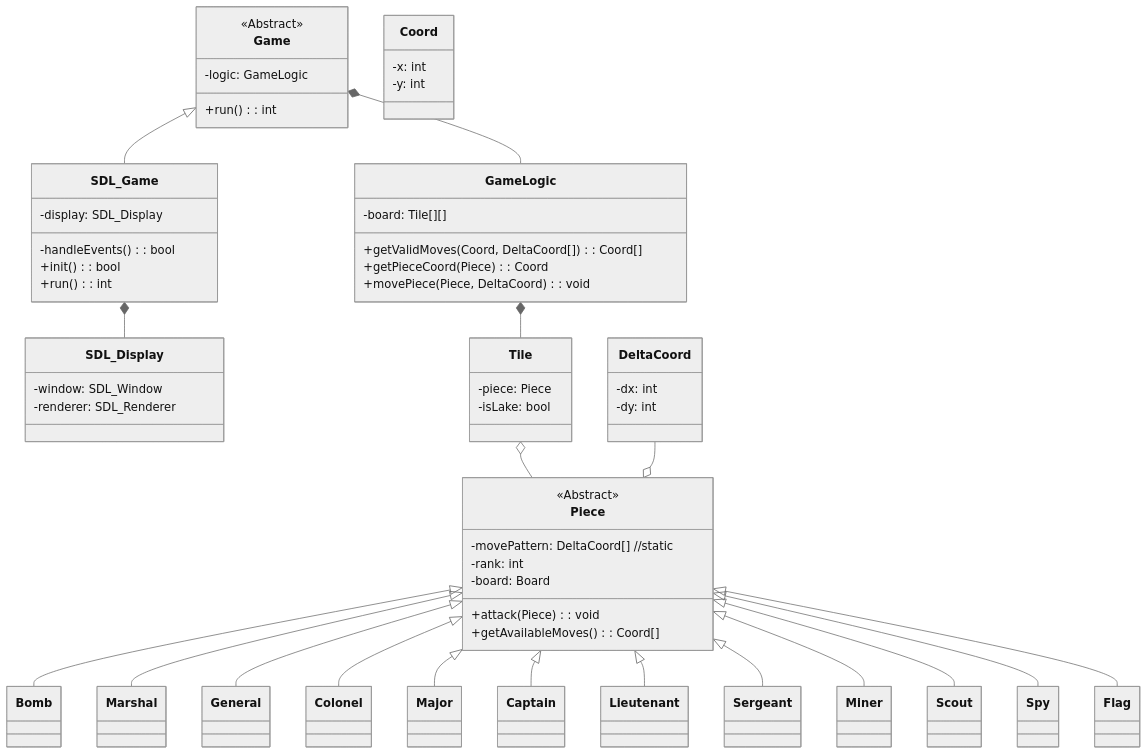
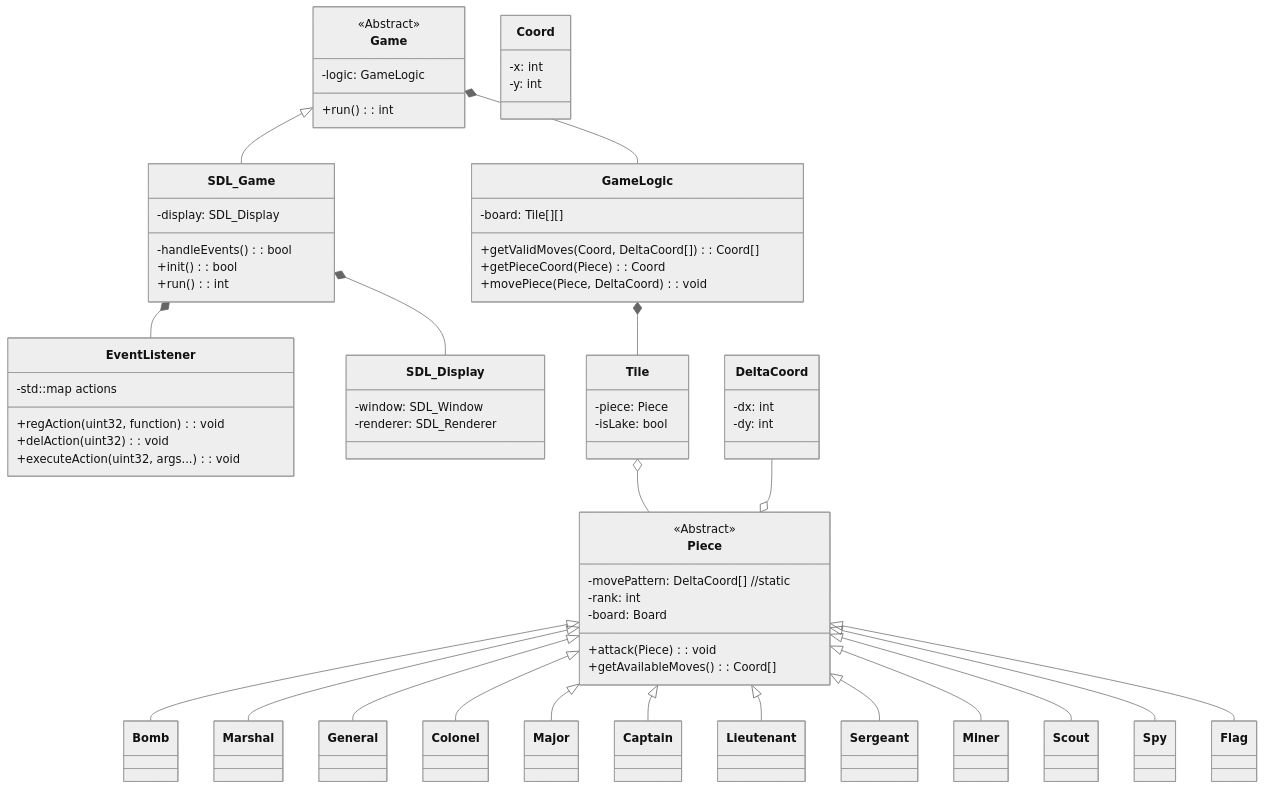
The sixth of 6 diagrams in README.md (Tomocza/cpp-stratego), drawn with Mermaid (neutral theme) before and after one commit.

Commit message:
add event listener to uml diagram

````diff
--- a/README.md
+++ b/README.md
@@ -169,6 +169,13 @@
 ```mermaid
 
 classDiagram
+
+class EventListener{
+  -std::map<uint32, function> actions
+  +regAction(uint32, function): void
+  +delAction(uint32): void
+  +executeAction(uint32, args...): void
+}
 
 class Game{
   <<Abstract>>
@@ -236,6 +243,7 @@
 Game <|-- SDL_Game
 Game *-- GameLogic
 SDL_Game *-- SDL_Display
+SDL_Game *-- EventListener
 
 GameLogic *-- Tile
 Tile o-- Piece
````
